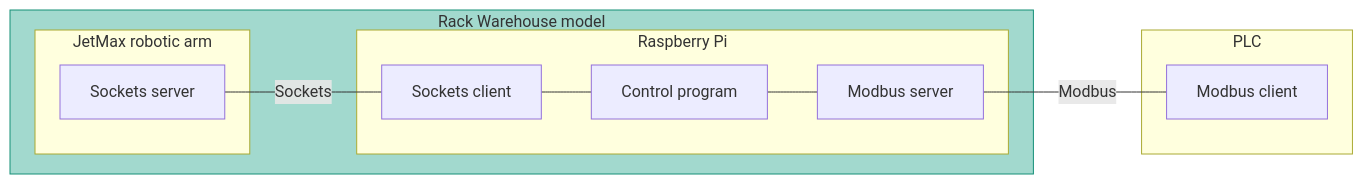
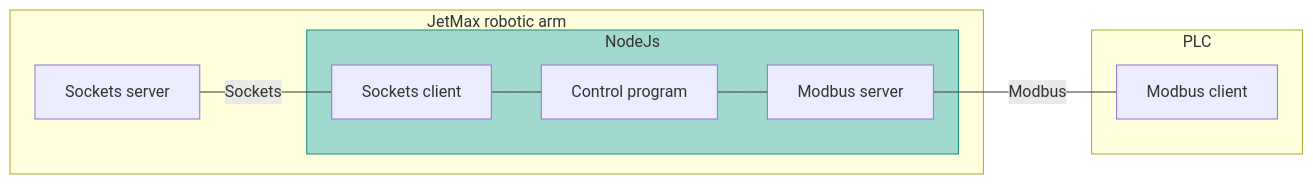
One commit to fsprojekti/rack-warehouse-jetmax changed the first of 2 diagrams in README.md. Above: the diagram before and after it, drawn with Mermaid. The commit also changed other lines of this file, not shown here.

Commit message:
Update README.md
NodeJs application transfered to JetMax device

````diff
--- a/README.md
+++ b/README.md
@@ -36,19 +36,19 @@
 ```mermaid
 graph LR
-subgraph FF[Rack Warehouse model]
   subgraph JetMax robotic arm 
+   
     D[Sockets server]
+     subgraph NodeJs
+      E[Sockets client]
+      F[Control program]
+      B[Modbus server]
+    end
   end
-  subgraph Raspberry Pi
-    E[Sockets client]
-    F[Control program]
-    B[Modbus server]
-  end
-end
   subgraph PLC
     C[Modbus client]
   end
     D---|Sockets|E---F---B---|Modbus|C
-
-style FF fill:#A2D9CE, stroke:#148F77    
+    
+    style NodeJs fill:#A2D9CE, stroke:#148F77   
+   
 ```
````
